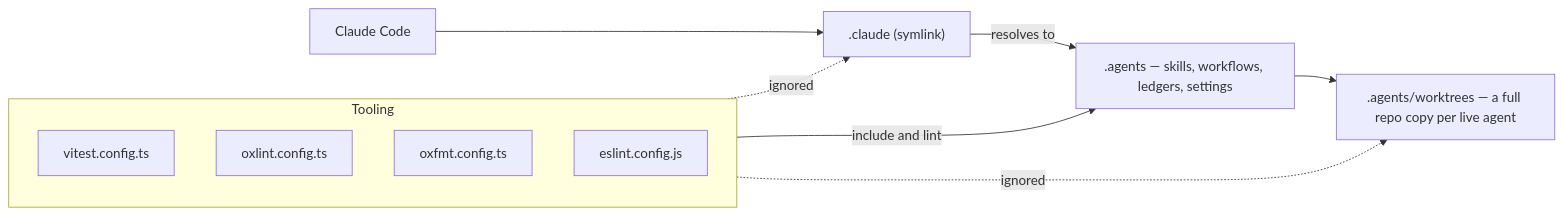
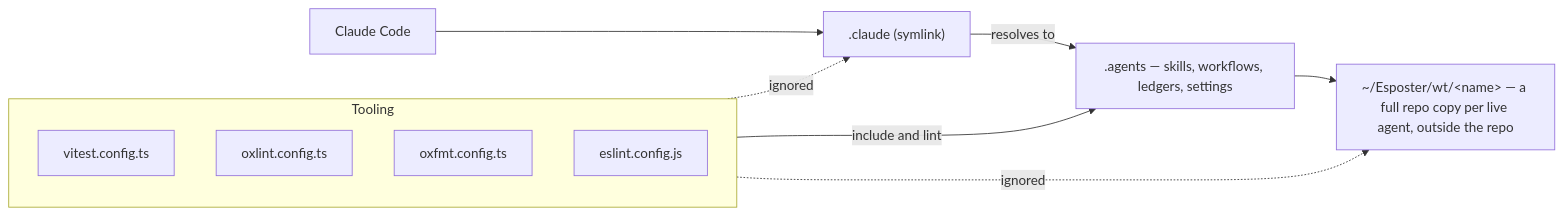
The first of 2 diagrams in apps/web/content/docs/architecture/agent-configuration.md (Esposter/Esposter), drawn with Mermaid before and after one commit. The commit also changed other lines of this file and 1 other file, not shown here.

First line of the commit message:
docs: worktrees live at ~/Esposter/wt, and the docs skill names the real docs tree

````diff
--- a/apps/web/content/docs/architecture/agent-configuration.md
+++ b/apps/web/content/docs/architecture/agent-configuration.md
@@ -16,17 +16,17 @@
 ```mermaid
 flowchart LR
   Agent[Claude Code] --> Alias[".claude (symlink)"]
   Alias -->|resolves to| Tree[".agents — skills, workflows, ledgers, settings"]
-  Tree --> Worktrees[".agents/worktrees — a full repo copy per live agent"]
+  Tree --> Worktrees["~/Esposter/wt/&lt;name&gt; — a full repo copy per live agent, outside the repo"]
 
   subgraph Tooling
     Vitest[vitest.config.ts]
     Oxlint[oxlint.config.ts]
     Oxfmt[oxfmt.config.ts]
     ESLint[eslint.config.js]
   end
 
   Tooling -->|include and lint| Tree
   Tooling -. ignored .-> Alias
   Tooling -. ignored .-> Worktrees
 ```
````
